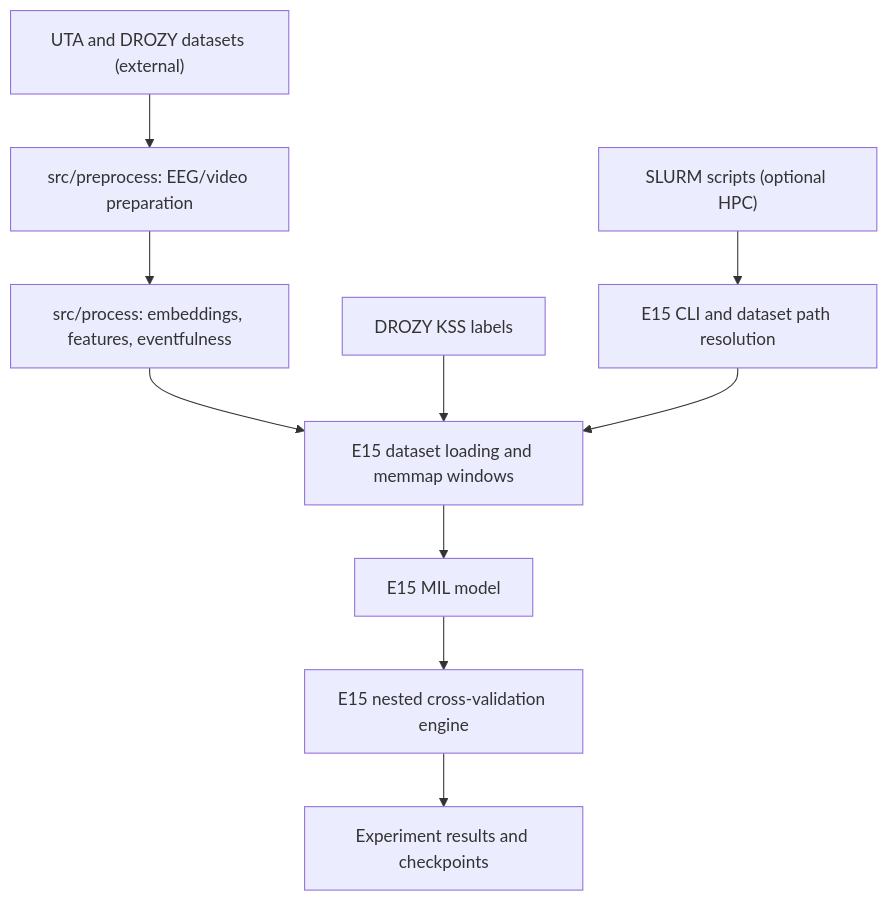
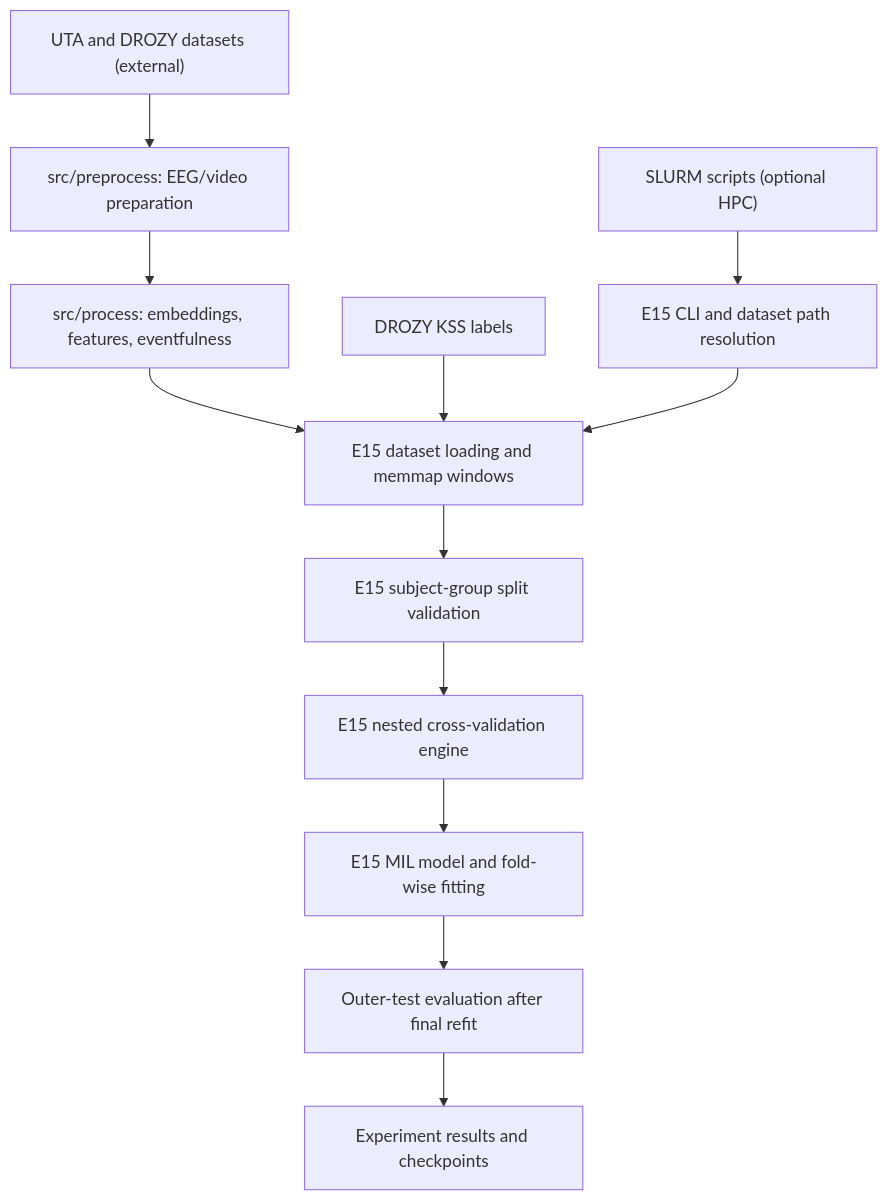
One commit to Roobahist/fatigue-detection changed the diagram in docs/architecture.md. Above: the diagram before and after it, drawn with Mermaid.

Commit message:
docs(e15): align research engineering guidance and architecture

````diff
--- a/docs/architecture.md
+++ b/docs/architecture.md
@@ -5,12 +5,14 @@
 ```mermaid
 flowchart TD
     R["UTA and DROZY datasets (external)"] --> P["src/preprocess: EEG/video preparation"]
     P --> E["src/process: embeddings, features, eventfulness"]
     E --> D["E15 dataset loading and memmap windows"]
     K["DROZY KSS labels"] --> D
     C["E15 CLI and dataset path resolution"] --> D
-    D --> M["E15 MIL model"]
-    M --> CV["E15 nested cross-validation engine"]
-    CV --> O["Experiment results and checkpoints"]
+    D --> G["E15 subject-group split validation"]
+    G --> CV["E15 nested cross-validation engine"]
+    CV --> M["E15 MIL model and fold-wise fitting"]
+    M --> O["Outer-test evaluation after final refit"]
+    O --> R2["Experiment results and checkpoints"]
     H["SLURM scripts (optional HPC)"] --> C
 ```
````
